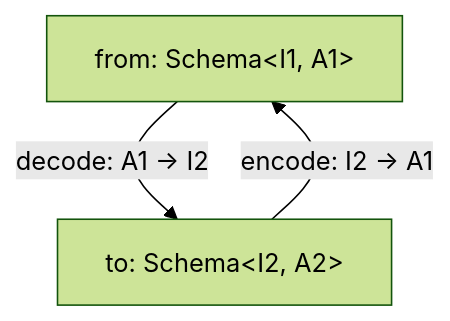
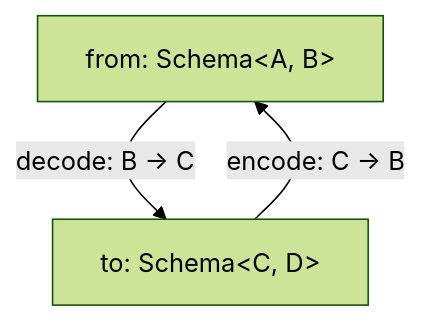
The diagram in README.md (Effect-TS/schema), drawn with Mermaid (forest theme) before and after one commit. The commit also changed other lines of this file, not shown here.

````diff
--- a/README.md
+++ b/README.md
@@ -1269,7 +1269,7 @@
 ```mermaid
 flowchart TD
-  schema1["from: Schema&lt;I1, A1&gt;"]
-  schema2["to: Schema&lt;I2, A2&gt;"]
-  schema1--decode: A1 -> I2-->schema2
-  schema2--encode: I2 -> A1-->schema1
+  schema1["from: Schema&lt;A, B&gt;"]
+  schema2["to: Schema&lt;C, D&gt;"]
+  schema1--decode: B -> C-->schema2
+  schema2--encode: C -> B-->schema1
 ```
````
